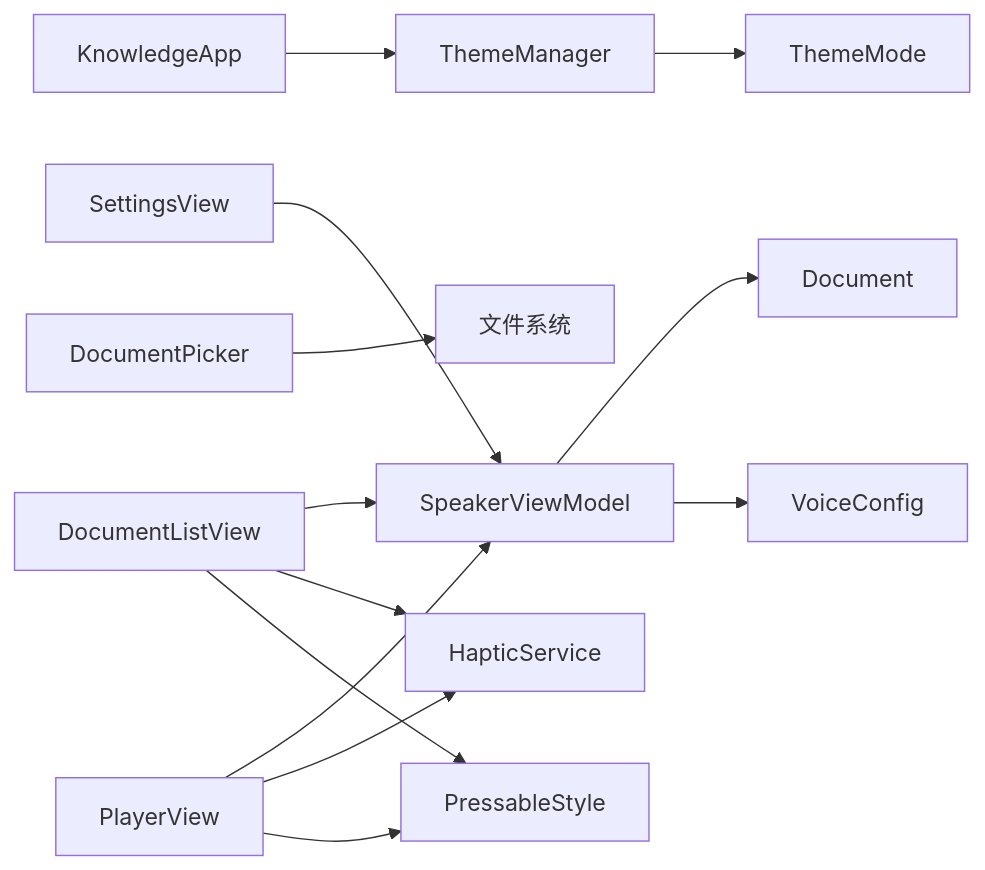
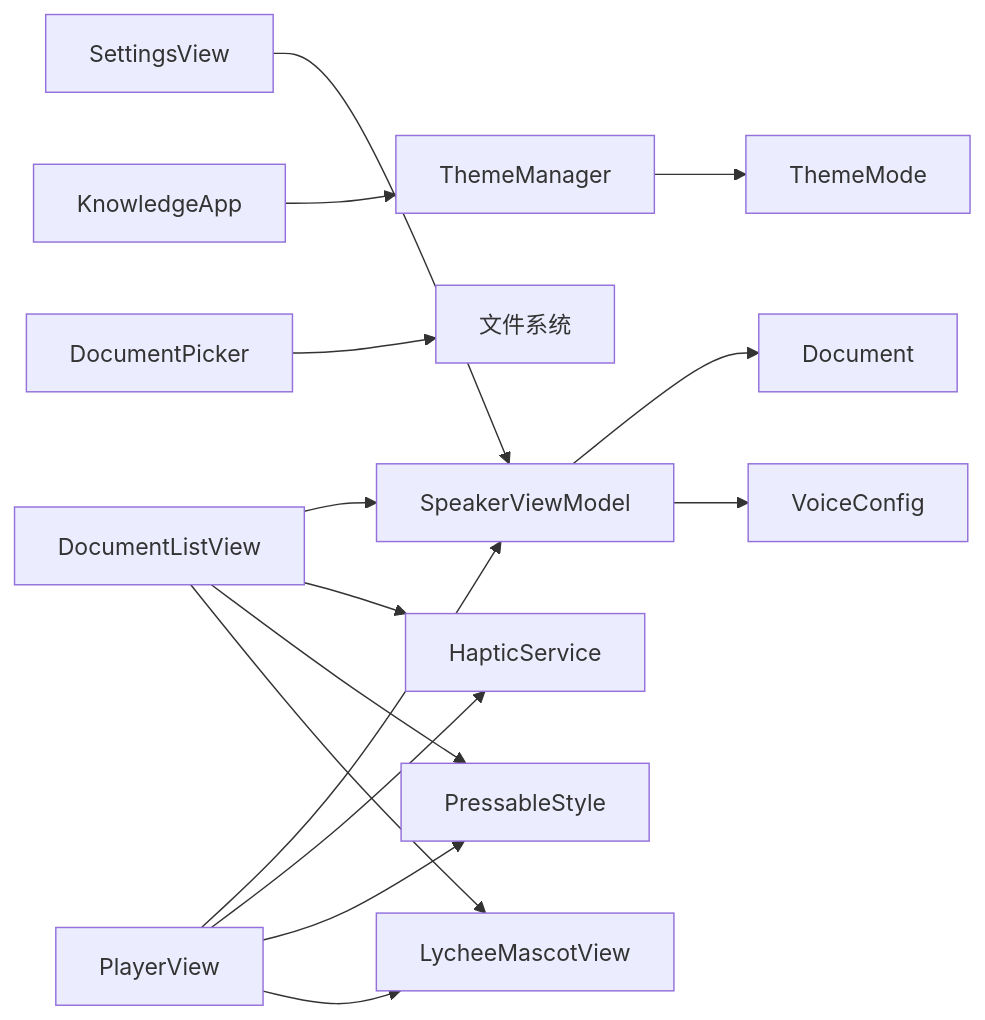
One commit to Primoguo/VoiceReader changed diagram 11 of 11 in .qoder/repowiki/zh/content/用户界面设计/用户界面设计.md. Above: the diagram before and after it, drawn with Mermaid. The commit also changed other lines of this file and 92 other files, not shown here.

````diff
--- a/.qoder/repowiki/zh/content/用户界面设计/用户界面设计.md
+++ b/.qoder/repowiki/zh/content/用户界面设计/用户界面设计.md
@@ -495,15 +541,17 @@
 ```mermaid
 graph LR
 V1["DocumentListView"] --> VM["SpeakerViewModel"]
 V2["PlayerView"] --> VM
 V3["SettingsView"] --> VM
 VM --> M1["Document"]
 VM --> M2["VoiceConfig"]
 Root["KnowledgeApp"] --> Env["ThemeManager"]
 Env --> Mode["ThemeMode"]
 V4["DocumentPicker"] --> FS["文件系统"]
 V1 --> HS["HapticService"]
 V2 --> HS
 V1 --> PS["PressableStyle"]
 V2 --> PS
+V1 --> LM["LycheeMascotView"]
+V2 --> LM
 ```
````
